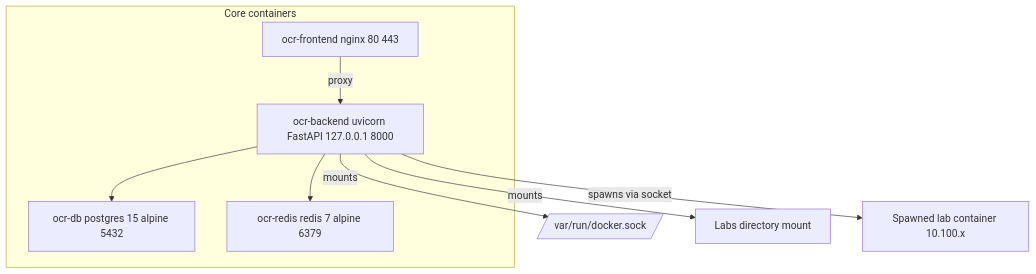
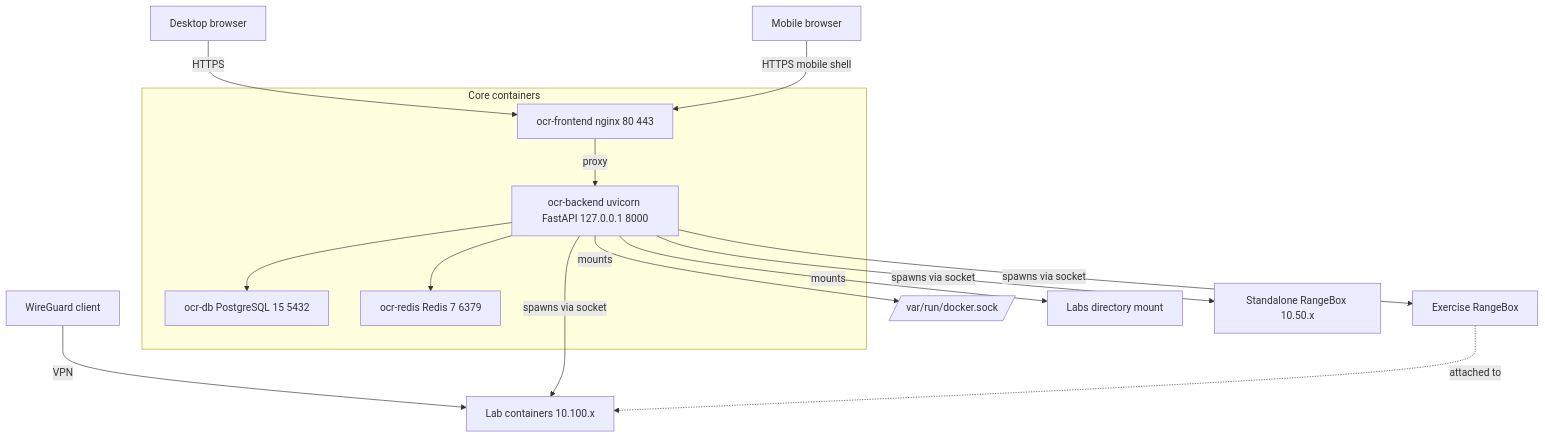
Before and after one commit to RobChaykoski/opencyberrange: the first of 6 diagrams in Manual-Lite/00_Server_Deployment/06_Architecture.md, drawn with Mermaid. The commit also changed other lines of this file and 38 other files, not shown here.

````diff
--- a/Manual-Lite/00_Server_Deployment/06_Architecture.md
+++ b/Manual-Lite/00_Server_Deployment/06_Architecture.md
@@ -11,18 +11,32 @@
 ```mermaid
 flowchart TB
+    Desktop[Desktop browser]
+    Mobile[Mobile browser]
+    VPNClient[WireGuard client]
+
     subgraph Core[Core containers]
         FE[ocr-frontend nginx 80 443]
         BE[ocr-backend uvicorn FastAPI 127.0.0.1 8000]
-        DB[ocr-db postgres 15 alpine 5432]
-        RD[ocr-redis redis 7 alpine 6379]
+        DB[ocr-db PostgreSQL 15 5432]
+        RD[ocr-redis Redis 7 6379]
     end
+
     Sock[/var/run/docker.sock/]
     LabsDir[Labs directory mount]
-    Lab[Spawned lab container 10.100.x]
+    Lab[Lab containers 10.100.x]
+    Standalone[Standalone RangeBox 10.50.x]
+    LabBox[Exercise RangeBox]
+
+    Desktop -->|HTTPS| FE
+    Mobile -->|HTTPS mobile shell| FE
+    VPNClient -->|VPN| Lab
     FE -->|proxy| BE
     BE --> DB
     BE --> RD
     BE -->|mounts| Sock
     BE -->|mounts| LabsDir
     BE -->|spawns via socket| Lab
+    BE -->|spawns via socket| Standalone
+    BE -->|spawns via socket| LabBox
+    LabBox -.->|attached to| Lab
 ```
````
